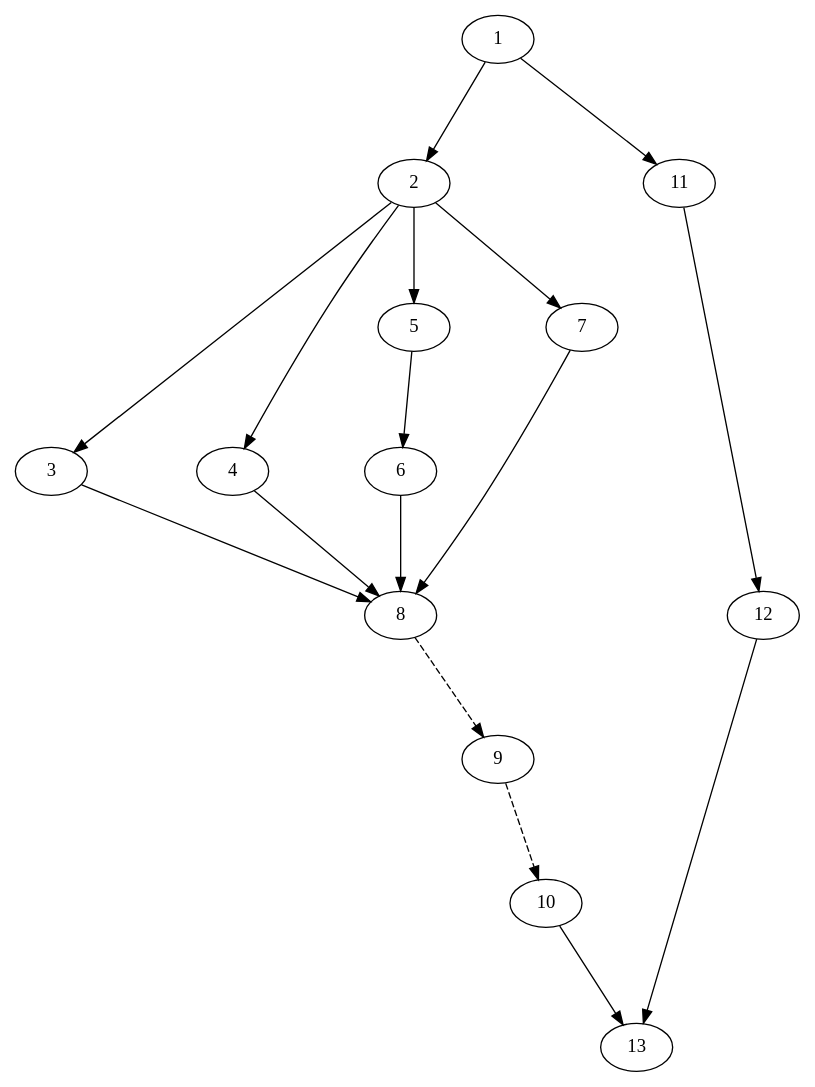
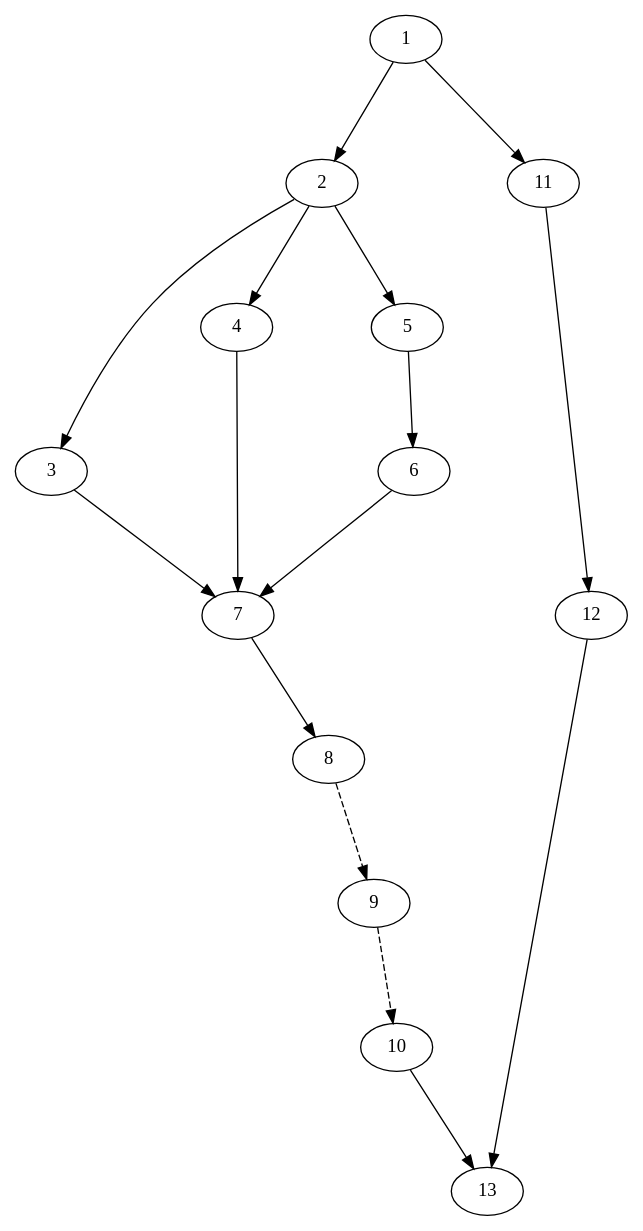
The diagram in dependencias.dot (ralsina/python-no-muerde), drawn with Graphviz before and after one commit.

Commit message:
cambio de dependencias

```diff
--- a/dependencias.dot
+++ b/dependencias.dot
@@ -1,25 +1,25 @@
 digraph dependencias {
     nodesep="1.0 equally";
     ranksep="1.0 equally";
     1;
     2;
     3;
     4;
     5;
     6;
     7;
     8;
     9;
     10;
     11;
     12;
     1->2;
-    2->3->8;
-    2->4->8;
-    2->5->6->8;
-    2->7->8;
+    2->3->7;
+    2->4->7;
+    2->5->6->7;
+    7->8;
     9->10 [style=dashed];
     8->9 [style=dashed];
     1->11->12->13;
     10->13;
     }
```
